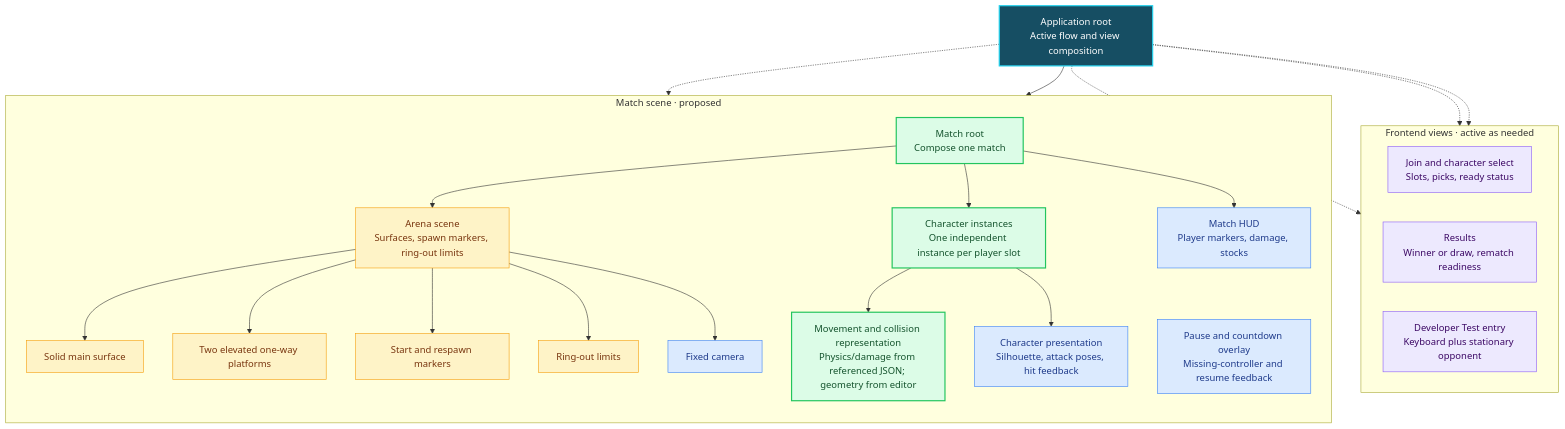
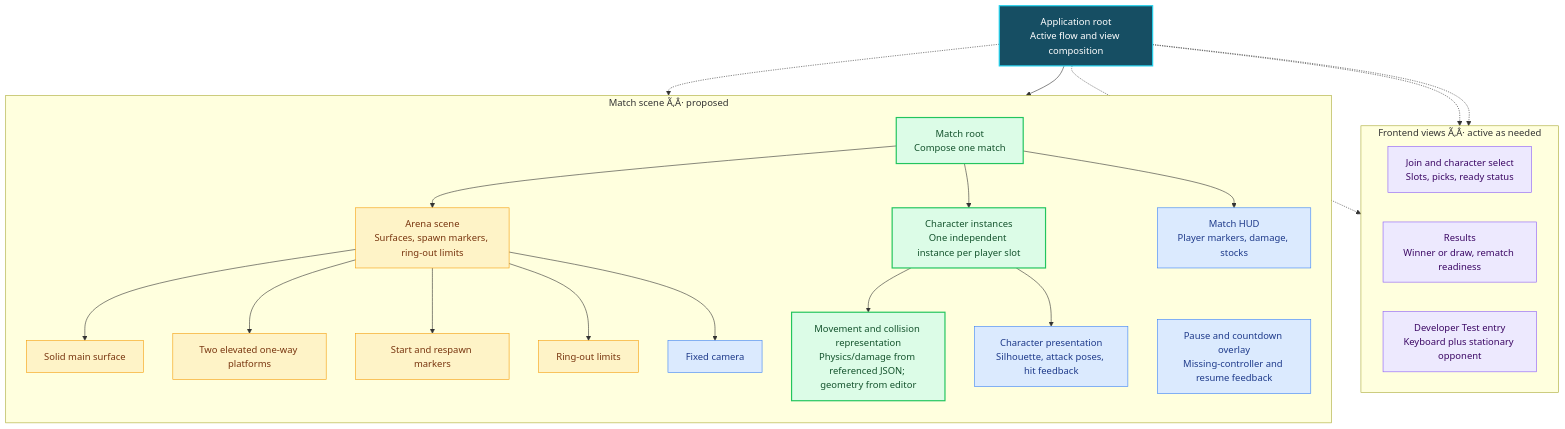
One commit to Fusion2k/smash-fight changed the first of 2 diagrams in docs/architecture/scene-map.md. Above: the diagram before and after it, drawn with Mermaid. The commit also changed other lines of this file and 6 other files, not shown here.

Commit message:
docs: accept confirmed chronological architecture for #8

````diff
--- a/docs/architecture/scene-map.md
+++ b/docs/architecture/scene-map.md
@@ -11,54 +11,54 @@
 ```mermaid
 flowchart TB
     App["Application root<br/>Active flow and view composition"]
 
-    subgraph Frontend["Frontend views · active as needed"]
+    subgraph Frontend["Frontend views Ã‚Â· active as needed"]
         direction LR
         Join["Join and character select<br/>Slots, picks, ready status"]
         Results["Results<br/>Winner or draw, rematch readiness"]
         Dev["Developer Test entry<br/>Keyboard plus stationary opponent"]
     end
 
-    subgraph Gameplay["Match scene · proposed"]
+    subgraph Gameplay["Match scene Ã‚Â· proposed"]
         direction TB
         Match["Match root<br/>Compose one match"]
         Arena["Arena scene<br/>Surfaces, spawn markers, ring-out limits"]
         Characters["Character instances<br/>One independent instance per player slot"]
         HUD["Match HUD<br/>Player markers, damage, stocks"]
         Overlay["Pause and countdown overlay<br/>Missing-controller and resume feedback"]
         Match --> Arena
         Match --> Characters
         Match --> HUD
         Main["Solid main surface"]
         Platforms["Two elevated one-way platforms"]
         Markers["Start and respawn markers"]
         Limits["Ring-out limits"]
         Camera["Fixed camera"]
         Arena --> Main
         Arena --> Platforms
         Arena --> Markers
         Arena --> Limits
         Arena --> Camera
         Body["Movement and collision representation<br/>Physics/damage from referenced JSON; geometry from editor"]
         Visual["Character presentation<br/>Silhouette, attack poses, hit feedback"]
         Characters --> Body
         Characters --> Visual
     end
 
     App -.-> Join
     App -.-> Results
     App -.-> Dev
     App -.-> Match
     App --> Overlay
 
     classDef application fill:#164e63,color:#ffffff,stroke:#22d3ee,stroke-width:2px;
     classDef flow fill:#ede9fe,color:#3b0764,stroke:#8b5cf6;
     classDef gameplay fill:#dcfce7,color:#14532d,stroke:#22c55e,stroke-width:2px;
     classDef content fill:#fef3c7,color:#78350f,stroke:#f59e0b;
     classDef presentation fill:#dbeafe,color:#1e3a8a,stroke:#3b82f6;
     class App application;
     class Join,Results,Dev flow;
     class Match,Characters,Body gameplay;
     class Arena,Main,Platforms,Markers,Limits content;
     class HUD,Overlay,Camera,Visual presentation;
 ```
````
